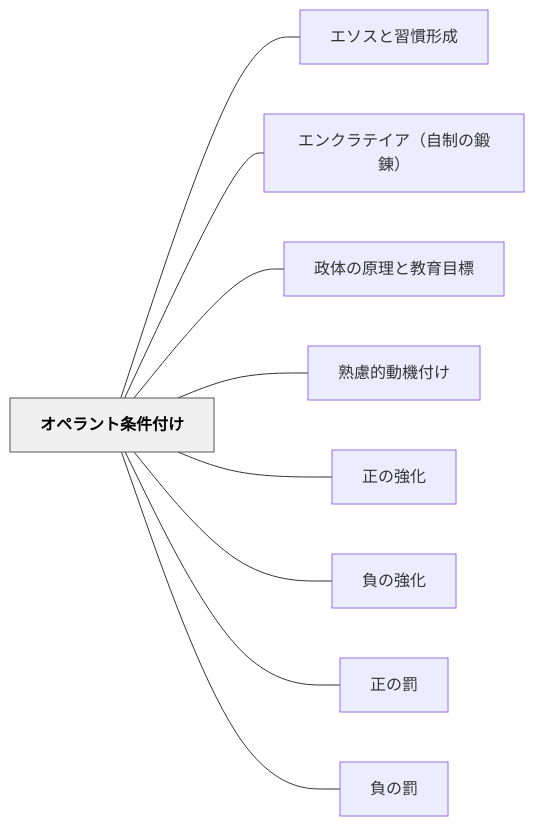
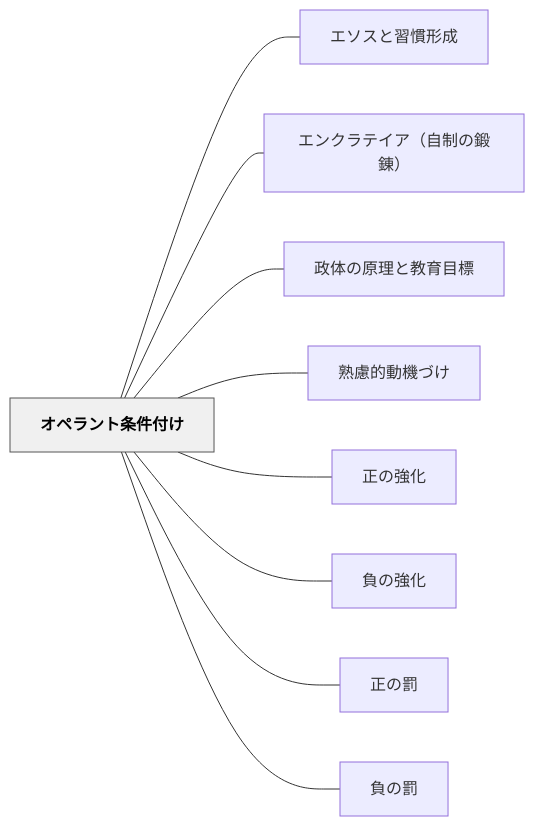
The diagram in content/パタン/オペラント条件付け.md (unknownthings-ed-patterns/unknownthings-ed-patterns), drawn with Mermaid before and after one commit. The commit also changed other lines of this file and 234 other files, not shown here.

````diff
--- a/content/パタン/オペラント条件付け.md
+++ b/content/パタン/オペラント条件付け.md
@@ -47,24 +47,24 @@
 ```mermaid
 flowchart LR
     ne382aae3839ae383a9e383b3e38388e69da1e4bbb6e4bb98e38191["オペラント条件付け"]
     ne382a8e382bde382b9e381a8e7bf92e685a3e5bda2e68890["エソスと習慣形成"]
     ne382a8e383b3e382afe383a9e38386e382a4e382a2efbc88e887aae588b6e381aee98d9be98cacefbc89["エンクラテイア（自制の鍛錬）"]
     ne694bfe4bd93e381aee58e9fe79086e381a8e69599e882b2e79baee6a899["政体の原理と教育目標"]
-    ne7869fe685aee79a84e58b95e6a99fe4bb98e38191["熟慮的動機付け"]
+    ne7869fe685aee79a84e58b95e6a99fe381a5e38191["熟慮的動機づけ"]
     ne6ada3e381aee5bcb7e58c96["正の強化"]
     ne8b2a0e381aee5bcb7e58c96["負の強化"]
     ne6ada3e381aee7bdb0["正の罰"]
     ne8b2a0e381aee7bdb0["負の罰"]
 
     ne382aae3839ae383a9e383b3e38388e69da1e4bbb6e4bb98e38191 --- ne382a8e382bde382b9e381a8e7bf92e685a3e5bda2e68890
     ne382aae3839ae383a9e383b3e38388e69da1e4bbb6e4bb98e38191 --- ne382a8e383b3e382afe383a9e38386e382a4e382a2efbc88e887aae588b6e381aee98d9be98cacefbc89
     ne382aae3839ae383a9e383b3e38388e69da1e4bbb6e4bb98e38191 --- ne694bfe4bd93e381aee58e9fe79086e381a8e69599e882b2e79baee6a899
-    ne382aae3839ae383a9e383b3e38388e69da1e4bbb6e4bb98e38191 --- ne7869fe685aee79a84e58b95e6a99fe4bb98e38191
+    ne382aae3839ae383a9e383b3e38388e69da1e4bbb6e4bb98e38191 --- ne7869fe685aee79a84e58b95e6a99fe381a5e38191
     ne382aae3839ae383a9e383b3e38388e69da1e4bbb6e4bb98e38191 --- ne6ada3e381aee5bcb7e58c96
     ne382aae3839ae383a9e383b3e38388e69da1e4bbb6e4bb98e38191 --- ne8b2a0e381aee5bcb7e58c96
     ne382aae3839ae383a9e383b3e38388e69da1e4bbb6e4bb98e38191 --- ne6ada3e381aee7bdb0
     ne382aae3839ae383a9e383b3e38388e69da1e4bbb6e4bb98e38191 --- ne8b2a0e381aee7bdb0
 
     classDef hub fill:#f0f0f0,stroke:#555,color:#000,font-weight:bold
     class ne382aae3839ae383a9e383b3e38388e69da1e4bbb6e4bb98e38191 hub
 ```
````
